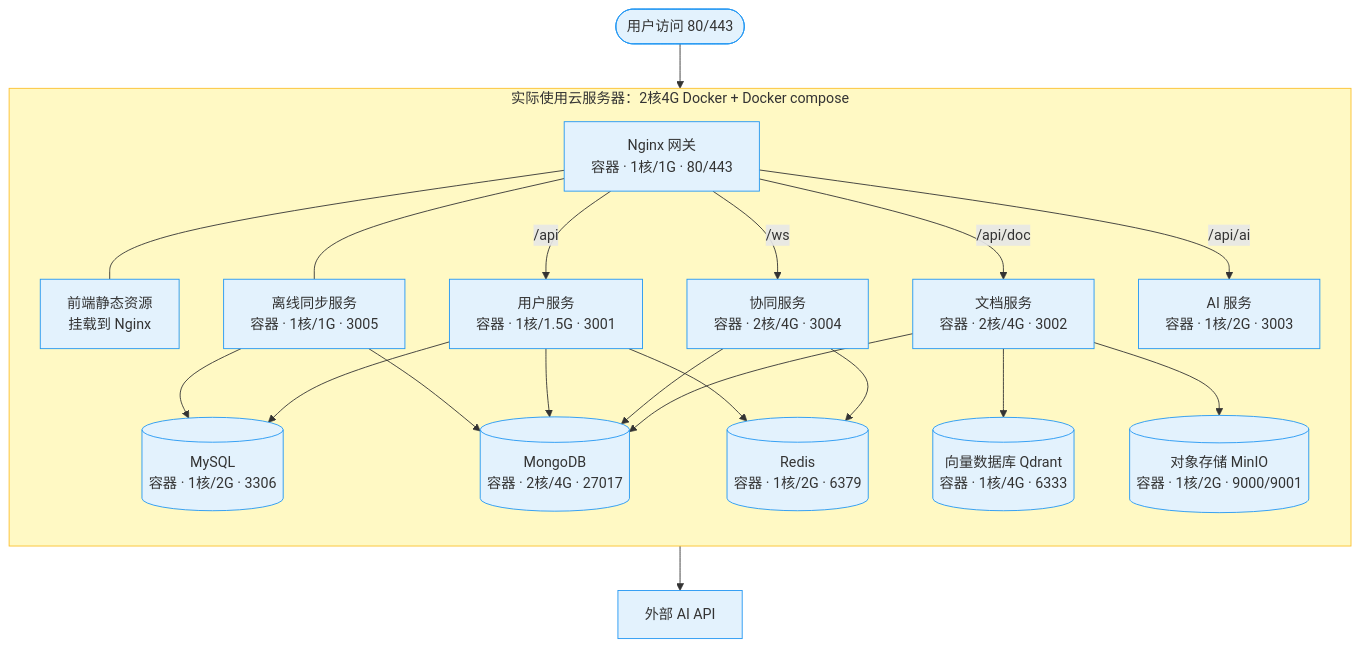
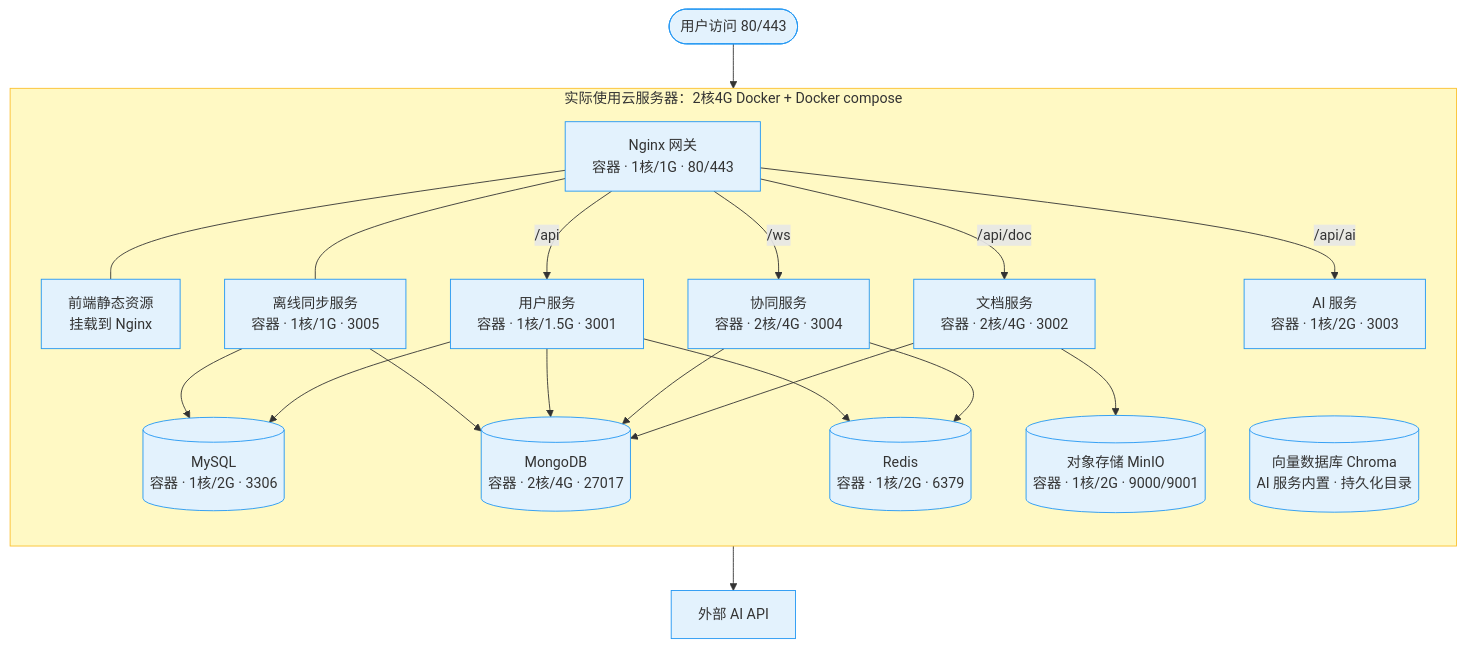
The first of 4 diagrams in docs/开发任务书.md (big-muffin408/note-taking_system), drawn with Mermaid before and after one commit. The commit also changed other lines of this file and 61 other files, not shown here.

````diff
--- a/docs/开发任务书.md
+++ b/docs/开发任务书.md
@@ -64,59 +64,58 @@
 ```mermaid
 flowchart TD
     %% 全局设置
     accTitle: 系统架构图
     
     %% 外部访问
     User([用户访问 80/443]) --> Nginx
 
     %% 云服务器范围
     subgraph Server ["实际使用云服务器：2核4G Docker + Docker compose"]
         direction TB
         
         %% 网关层
         Nginx[Nginx 网关<br/>容器 · 1核/1G · 80/443]
 
         %% 服务层
         Frontend[前端静态资源<br/>挂载到 Nginx]
         Sync[离线同步服务<br/>容器 · 1核/1G · 3005]
         UserSrv[用户服务<br/>容器 · 1核/1.5G · 3001]
         Collab[协同服务<br/>容器 · 2核/4G · 3004]
         Doc[文档服务<br/>容器 · 2核/4G · 3002]
         AISrv[AI 服务<br/>容器 · 1核/2G · 3003]
 
         %% 存储层
         MySQL[(MySQL<br/>容器 · 1核/2G · 3306)]
         MongoDB[(MongoDB<br/>容器 · 2核/4G · 27017)]
         Redis[(Redis<br/>容器 · 1核/2G · 6379)]
-        Qdrant[(向量数据库 Qdrant<br/>容器 · 1核/4G · 6333)]
+        Chroma[(向量数据库 Chroma<br/>AI 服务内置 · 持久化目录)]
         MinIO[(对象存储 MinIO<br/>容器 · 1核/2G · 9000/9001)]
 
         %% Nginx 路由关系
         Nginx --- Frontend
         Nginx --- Sync
         Nginx -- "/api" --> UserSrv
         Nginx -- "/ws" --> Collab
         Nginx -- "/api/doc" --> Doc
         Nginx -- "/api/ai" --> AISrv
 
         %% 数据库连接关系
         Sync --> MySQL
         Sync --> MongoDB
         UserSrv --> MySQL
         UserSrv --> MongoDB
         UserSrv --> Redis
         Collab --> MongoDB
         Collab --> Redis
         Doc --> MongoDB
-        Doc --> Qdrant
         Doc --> MinIO
     end
 
     %% 外部 API
     AISrv --> ExternalAI[外部 AI API]
 
     %% 样式美化
     style Server fill:#FFF9C4,stroke:#FBC02D,stroke-width:1px,color:#333
     classDef box fill:#E3F2FD,stroke:#2196F3,stroke-width:1px,color:#333
-    class Nginx,Frontend,Sync,UserSrv,Collab,Doc,AISrv,MySQL,MongoDB,Redis,Qdrant,MinIO,User,ExternalAI box
+    class Nginx,Frontend,Sync,UserSrv,Collab,Doc,AISrv,MySQL,MongoDB,Redis,Chroma,MinIO,User,ExternalAI box
 ```
````
